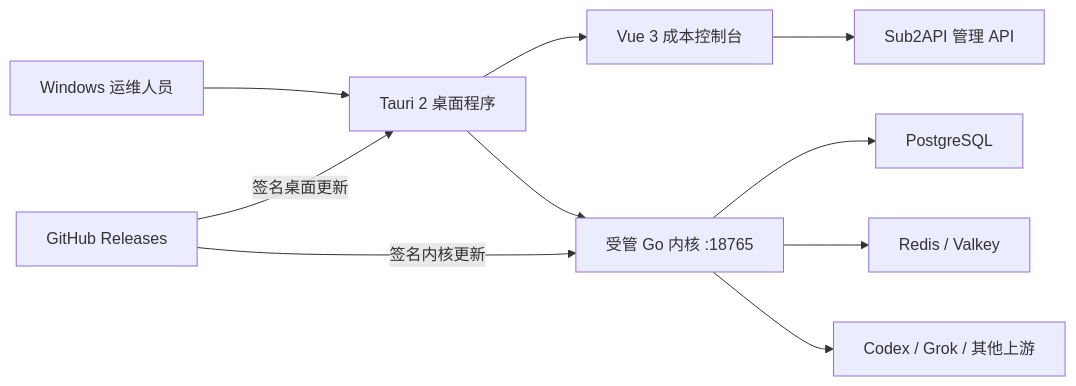
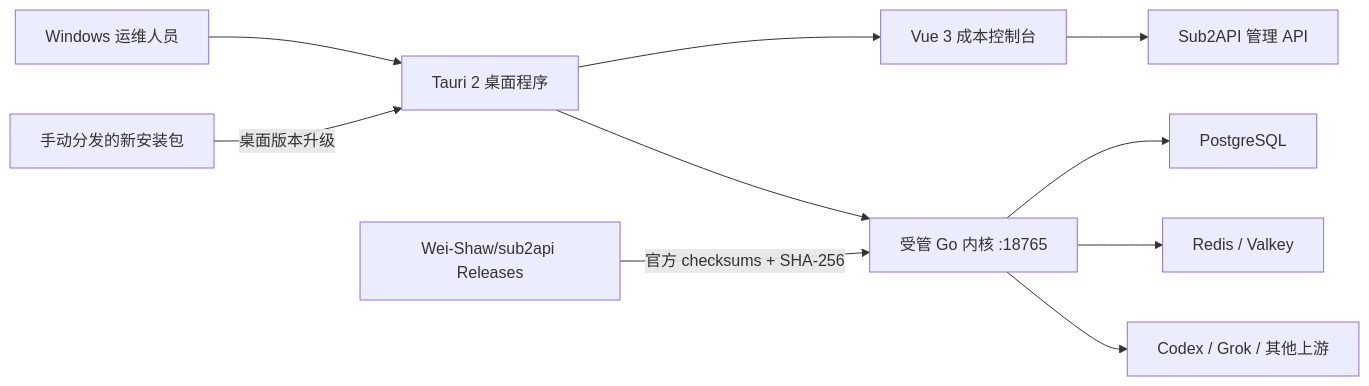
Before and after one commit to rw0104/sub2api-cost-console: the diagram in README.md, drawn with Mermaid. The commit also changed other lines of this file and 25 other files, not shown here.

Commit message:
feat(desktop): update core from official upstream releases

````diff
--- a/README.md
+++ b/README.md
@@ -84,12 +86,12 @@
 ```mermaid
 flowchart LR
     Operator["Windows 运维人员"] --> Desktop["Tauri 2 桌面程序"]
     Desktop --> UI["Vue 3 成本控制台"]
     Desktop --> Core["受管 Go 内核 :18765"]
     UI --> API["Sub2API 管理 API"]
     Core --> PG["PostgreSQL"]
     Core --> Redis["Redis / Valkey"]
     Core --> Providers["Codex / Grok / 其他上游"]
-    Releases["GitHub Releases"] -->|签名桌面更新| Desktop
-    Releases -->|签名内核更新| Core
+    Upstream["Wei-Shaw/sub2api Releases"] -->|官方 checksums + SHA-256| Core
+    Installer["手动分发的新安装包"] -->|桌面版本升级| Desktop
 ```
````
